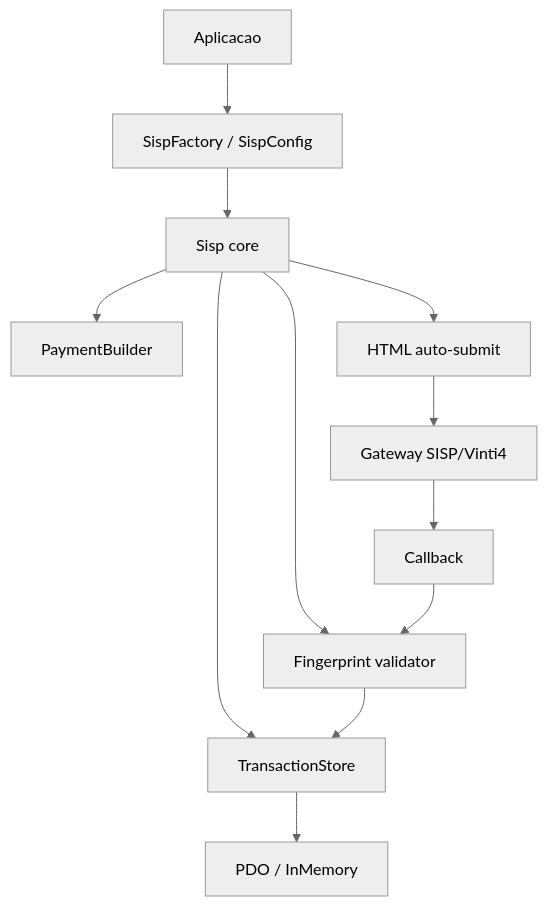
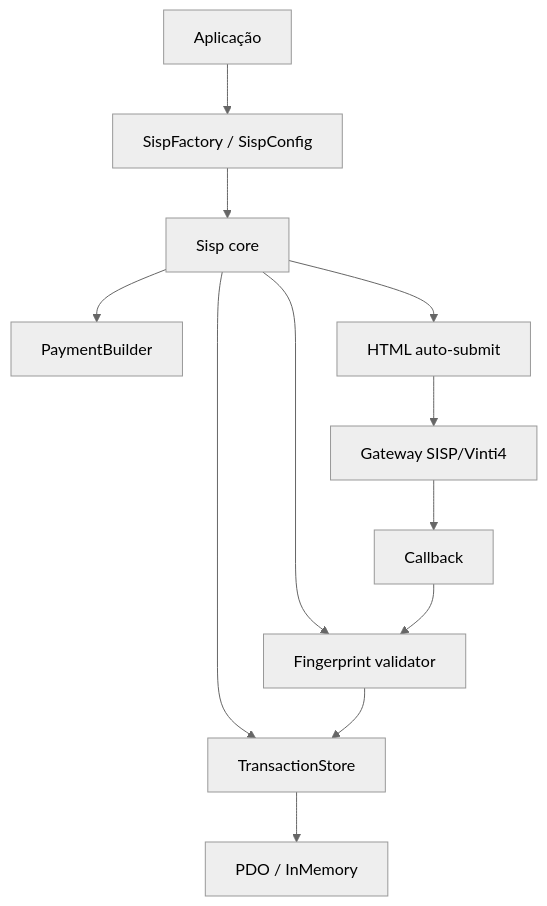
The diagram in docs/arquitectura.md (Kowts/sisp-cv-php), drawn with Mermaid (neutral theme) before and after one commit. The commit also changed other lines of this file and 31 other files, not shown here.

````diff
--- a/docs/arquitectura.md
+++ b/docs/arquitectura.md
@@ -5,14 +5,14 @@
 ```mermaid
 flowchart TD
-    A["Aplicacao"] --> B["SispFactory / SispConfig"]
+    A["Aplicação"] --> B["SispFactory / SispConfig"]
     B --> C["Sisp core"]
     C --> D["PaymentBuilder"]
     C --> E["Fingerprint validator"]
     C --> F["TransactionStore"]
     F --> G["PDO / InMemory"]
     C --> H["HTML auto-submit"]
     H --> I["Gateway SISP/Vinti4"]
     I --> J["Callback"]
     J --> E
     E --> F
 ```
````
